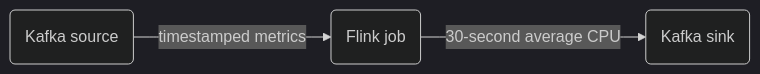
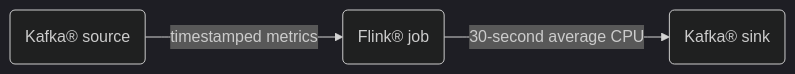
Before and after one commit to aiven/devportal: the third of 5 diagrams in docs/products/flink/howto/real-time-alerting-solution.rst, drawn with Mermaid (dark theme). The commit also changed other lines of this file and 1 other file, not shown here.

Commit message:
re-add trademark symbols in mermaid graphs

```diff
--- a/docs/products/flink/howto/real-time-alerting-solution.rst
+++ b/docs/products/flink/howto/real-time-alerting-solution.rst
@@ -170,6 +170,6 @@
 .. mermaid::
 
     graph LR;
 
-        id1(Kafka source)-- timestamped metrics -->id3(Flink job);
-        id3-- 30-second average CPU -->id4(Kafka sink);
+        id1("Kafka® source")-- timestamped metrics -->id3("Flink® job");
+        id3-- 30-second average CPU -->id4("Kafka® sink");
```
